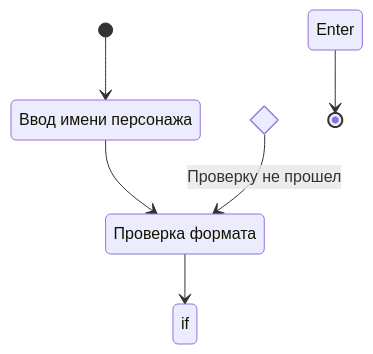
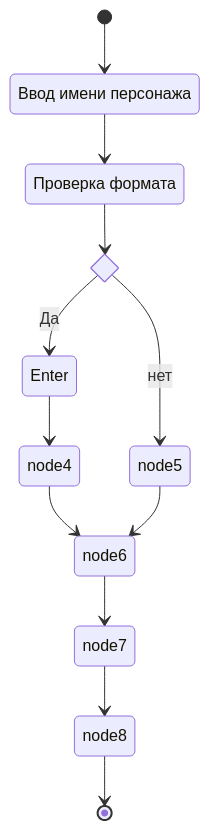
The first of 7 diagrams in docs/functions.md (EgorVarshutin22107/laughing-potato), drawn with Mermaid before and after one commit.

Commit message:
проверка

````diff
--- a/docs/functions.md
+++ b/docs/functions.md
@@ -56,15 +56,20 @@
 ```mermaid
 stateDiagram-v2
 node1: Ввод имени персонажа
 node2: Проверка формата
 node3: Enter
 state if_state <<choice>>
 
+
 [*] --> node1
 node1 --> node2
-node2 --> if state
-if_state --> node3 : Проверку прошел
-node3 --> [*]
-if_state --> node2 : Проверку не прошел
-
+node2 --> if_state
+if_state --> node3 : Да
+node3 --> node4
+if_state --> node5 : нет 
+node4 --> node6
+node5 --> node6
+node6 --> node7
+node7 --> node8
+node8 --> [*]
 ```
````
